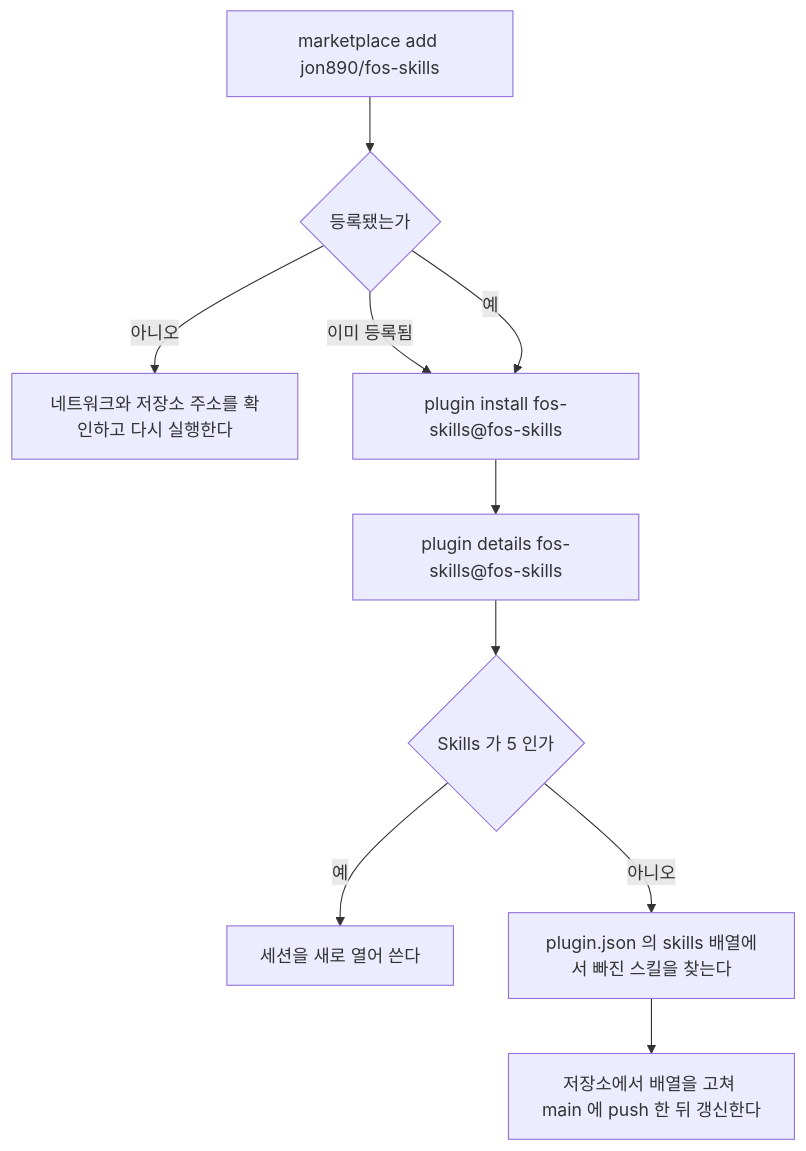
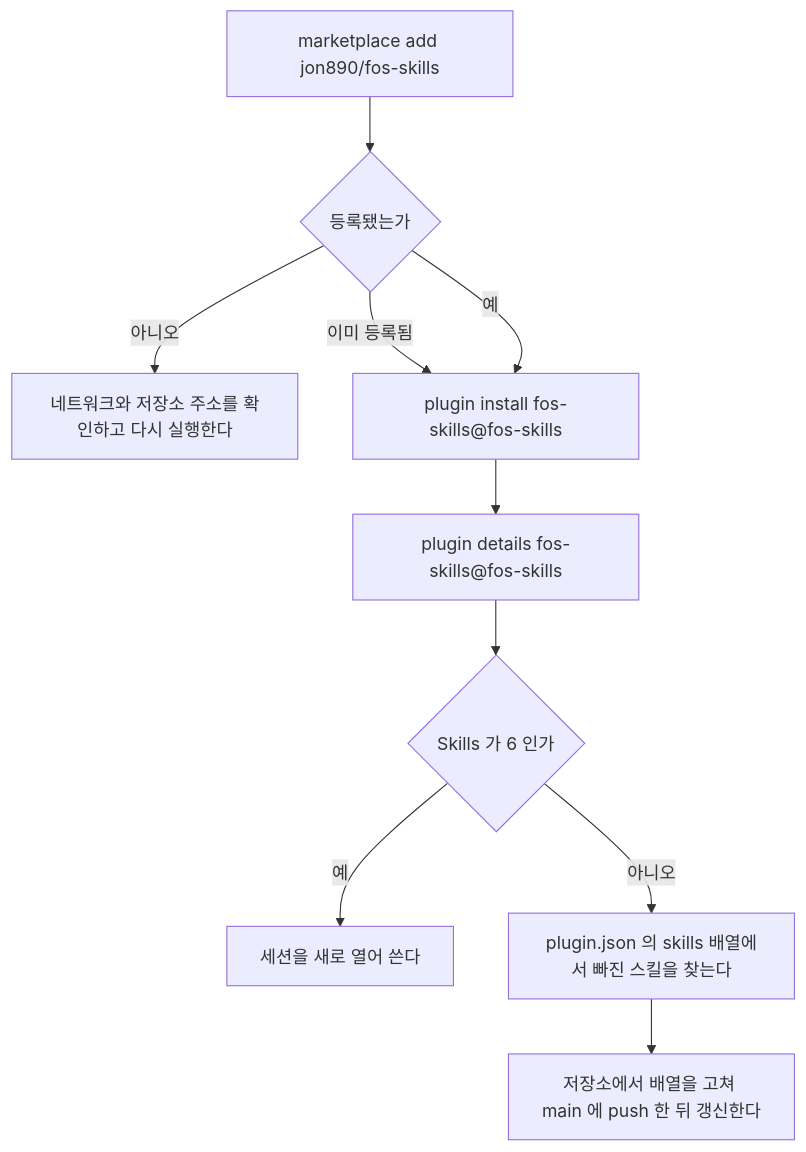
One commit to jon890/fos-skills changed the first of 4 diagrams in docs/flow.md. Above: the diagram before and after it, drawn with Mermaid. The commit also changed other lines of this file and 4 other files, not shown here.

````diff
--- a/docs/flow.md
+++ b/docs/flow.md
@@ -21,12 +21,12 @@
 ```mermaid
 flowchart TD
     A[marketplace add jon890/fos-skills] --> B{등록됐는가}
     B -- 아니오 --> B1[네트워크와 저장소 주소를 확인하고 다시 실행한다]
     B -- 이미 등록됨 --> C
     B -- 예 --> C[plugin install fos-skills@fos-skills]
     C --> D[plugin details fos-skills@fos-skills]
-    D --> E{Skills 가 5 인가}
+    D --> E{Skills 가 6 인가}
     E -- 예 --> F[세션을 새로 열어 쓴다]
     E -- 아니오 --> G[plugin.json 의 skills 배열에서 빠진 스킬을 찾는다]
     G --> H[저장소에서 배열을 고쳐 main 에 push 한 뒤 갱신한다]
 ```
````
